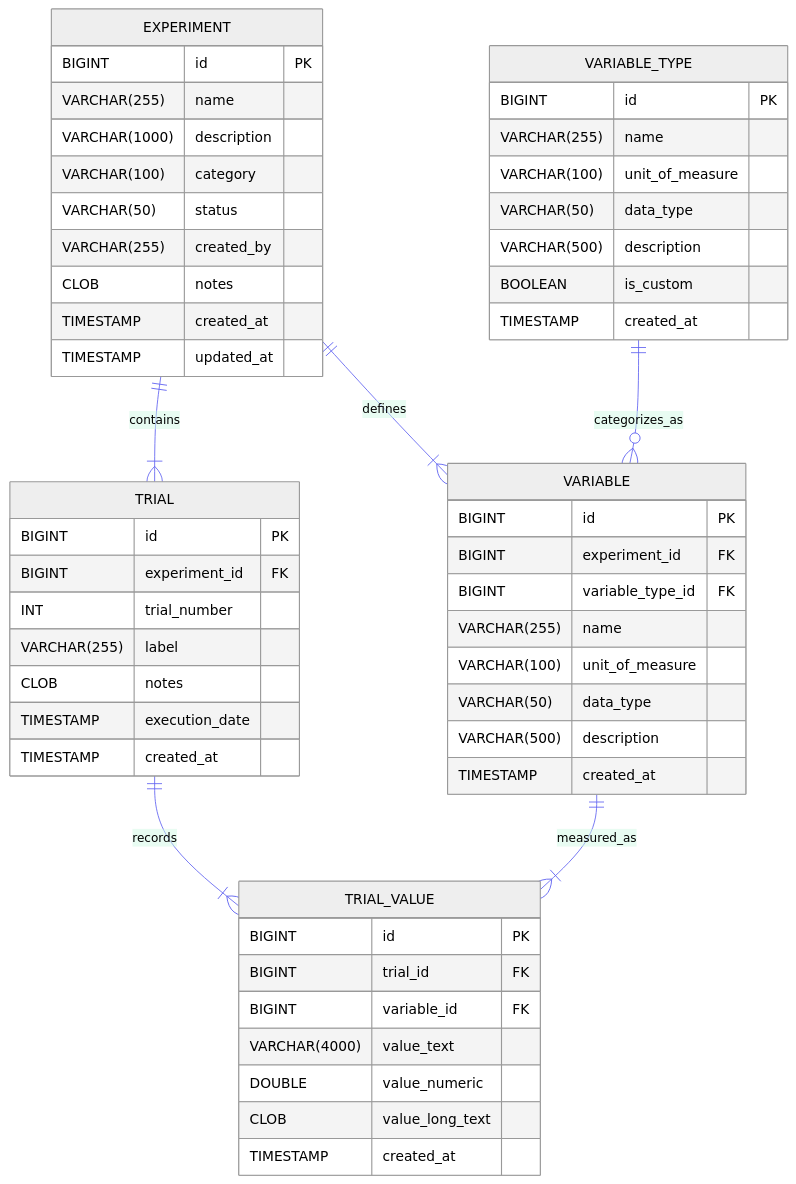
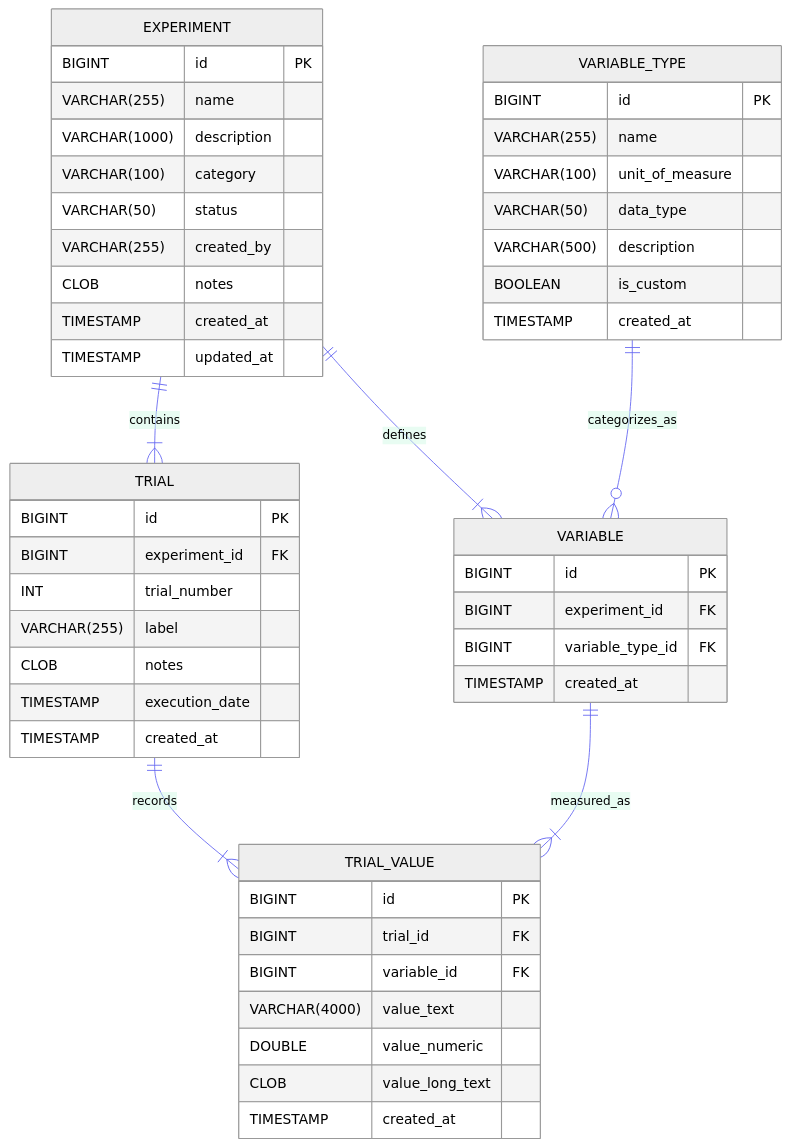
Before and after one commit to saveriocatenate/DeltaScientia: the diagram in documentation/database-er-diagram.md, drawn with Mermaid. The commit also changed 16 other files, not shown here.

````diff
--- a/documentation/database-er-diagram.md
+++ b/documentation/database-er-diagram.md
@@ -1,63 +1,59 @@
 ```mermaid
 %%{init: {'theme': 'neutral', 'themeVariables': { 'primaryColor': '#e8f0fe', 'primaryTextColor': '#1a1a2e', 'primaryBorderColor': '#3b82f6', 'lineColor': '#6366f1', 'secondaryColor': '#fef3c7', 'tertiaryColor': '#d1fae5', 'noteBkgColor': '#f8fafc', 'noteTextColor': '#334155', 'fontFamily': 'Inter, system-ui, sans-serif' }}}%%
 
 erDiagram
     EXPERIMENT ||--|{ TRIAL : contains
     EXPERIMENT ||--|{ VARIABLE : defines
     TRIAL ||--|{ TRIAL_VALUE : records
     VARIABLE ||--|{ TRIAL_VALUE : measured_as
     VARIABLE_TYPE ||--o{ VARIABLE : categorizes_as
 
     EXPERIMENT {
         BIGINT id PK
         VARCHAR(255) name
         VARCHAR(1000) description
         VARCHAR(100) category
         VARCHAR(50) status
         VARCHAR(255) created_by
         CLOB notes
         TIMESTAMP created_at
         TIMESTAMP updated_at
     }
 
     VARIABLE_TYPE {
         BIGINT id PK
         VARCHAR(255) name
         VARCHAR(100) unit_of_measure
         VARCHAR(50) data_type
         VARCHAR(500) description
         BOOLEAN is_custom
         TIMESTAMP created_at
     }
 
     VARIABLE {
         BIGINT id PK
         BIGINT experiment_id FK
         BIGINT variable_type_id FK
-        VARCHAR(255) name
-        VARCHAR(100) unit_of_measure
-        VARCHAR(50) data_type
-        VARCHAR(500) description
         TIMESTAMP created_at
     }
 
     TRIAL {
         BIGINT id PK
         BIGINT experiment_id FK
         INT trial_number
         VARCHAR(255) label
         CLOB notes
         TIMESTAMP execution_date
         TIMESTAMP created_at
     }
 
     TRIAL_VALUE {
         BIGINT id PK
         BIGINT trial_id FK
         BIGINT variable_id FK
         VARCHAR(4000) value_text
         DOUBLE value_numeric
         CLOB value_long_text
         TIMESTAMP created_at
     }
 ```
````
